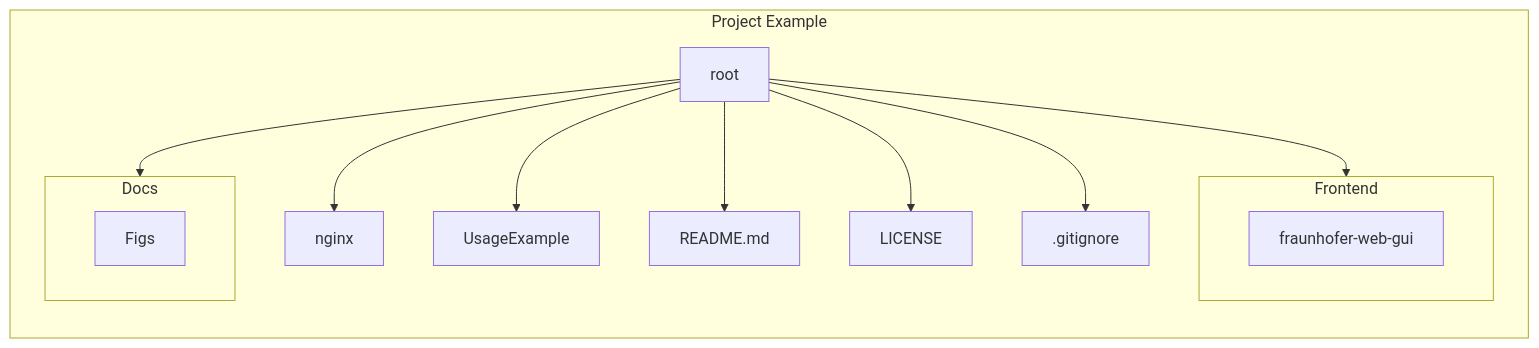
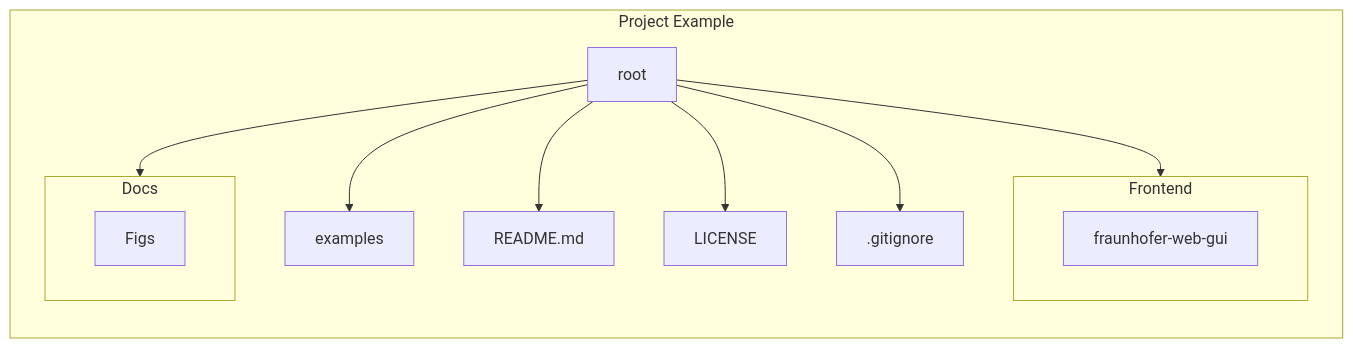
Before and after one commit to eclipse-basyx/basyx-applications: the diagram in aas-gui/README.md, drawn with Mermaid. The commit also changed other lines of this file and 49 other files, not shown here.

````diff
--- a/aas-gui/README.md
+++ b/aas-gui/README.md
@@ -15,18 +15,17 @@
 ```mermaid
     flowchart LR
     subgraph Project Example
         root --> Frontend
-        root --> nginx
-        root --> UsageExample
+        root --> examples
         root --> Docs
         root --> README.md
         root --> LICENSE
         root --> .gitignore
         subgraph Frontend
             fraunhofer-web-gui
         end
         subgraph Docs
             Figs
         end
     end
 ```
````
